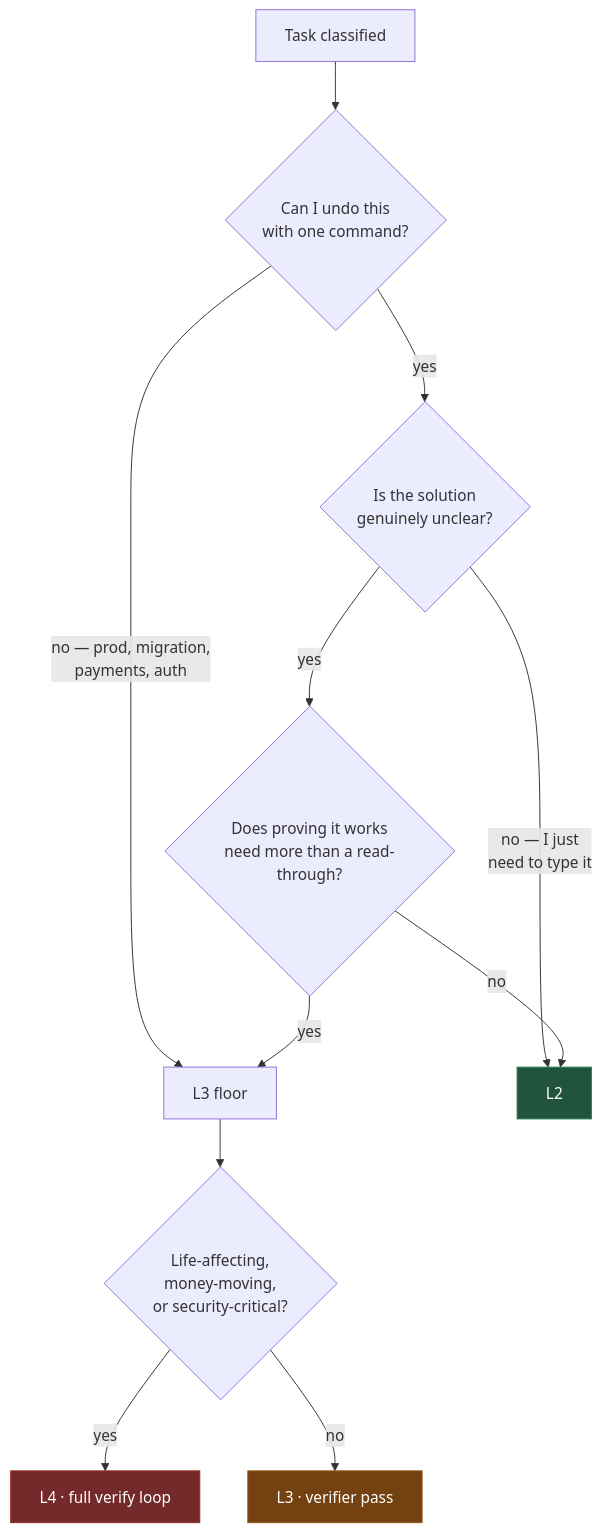
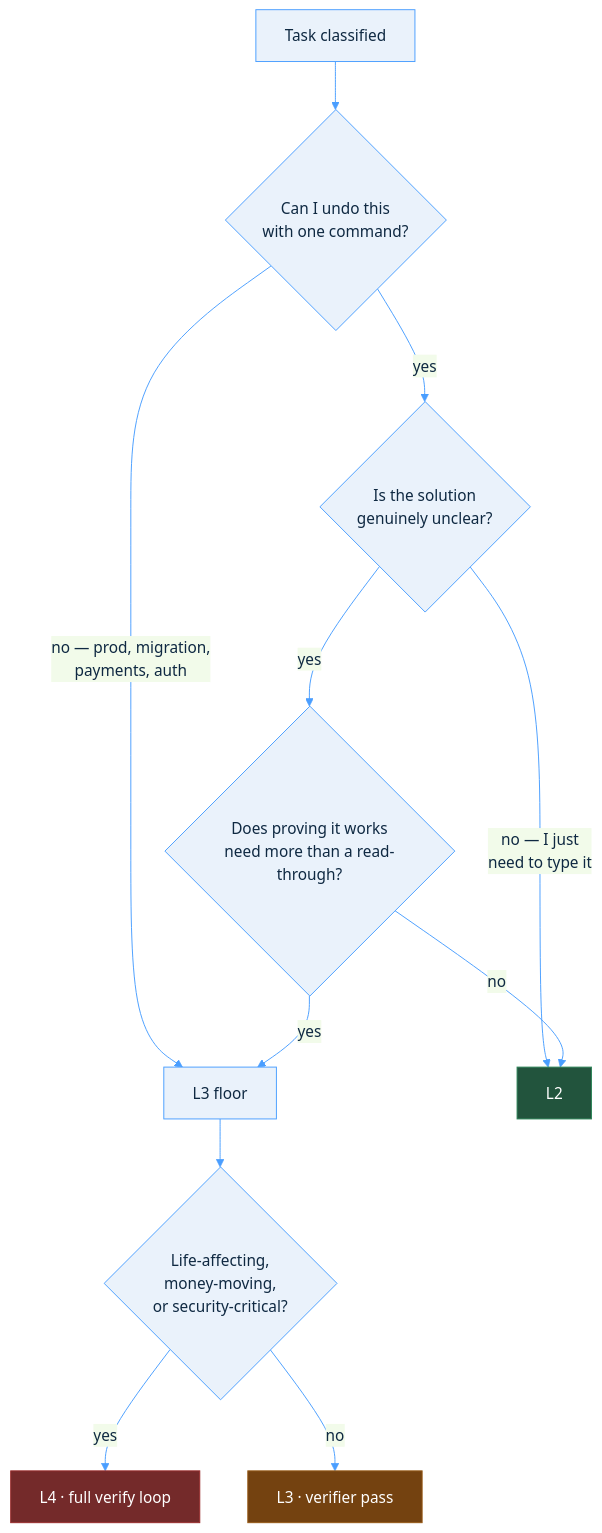
The second of 4 diagrams in README.md (amitvijapur/cortex), drawn with Mermaid before and after one commit. The commit also changed other lines of this file, not shown here.

Commit message:
docs: re-theme mermaid diagrams to steel-blue palette; add multi-agent install (Cursor, Codex, Gemini CLI, Aider, Windsurf)

````diff
--- a/README.md
+++ b/README.md
@@ -177,17 +209,18 @@
 ```mermaid
+%%{init: {'theme':'base','themeVariables':{'lineColor':'#4a9eff','primaryColor':'#eaf2fb','primaryTextColor':'#0f2942','primaryBorderColor':'#4a9eff','fontFamily':'ui-sans-serif, system-ui, sans-serif'}}}%%
 flowchart TD
     S[Task classified] --> Q1{Can I undo this<br/>with one command?}
     Q1 -->|no — prod, migration,<br/>payments, auth| T3[L3 floor]
     Q1 -->|yes| Q2{Is the solution<br/>genuinely unclear?}
     Q2 -->|no — I just<br/>need to type it| T2[L2]
     Q2 -->|yes| Q3{Does proving it works<br/>need more than a read-through?}
     Q3 -->|no| T2
     Q3 -->|yes| T3
     T3 --> Q4{Life-affecting,<br/>money-moving,<br/>or security-critical?}
     Q4 -->|yes| T4[L4 · full verify loop]
     Q4 -->|no| T3F[L3 · verifier pass]
 
     style T2 fill:#22543d,stroke:#2f855a,color:#fff
     style T3F fill:#744210,stroke:#975a16,color:#fff
     style T4 fill:#742a2a,stroke:#9b2c2c,color:#fff
 ```
````
